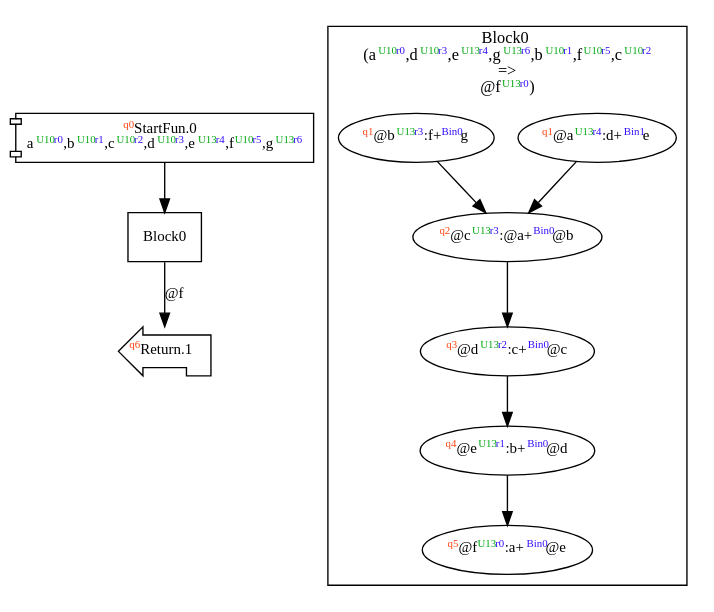
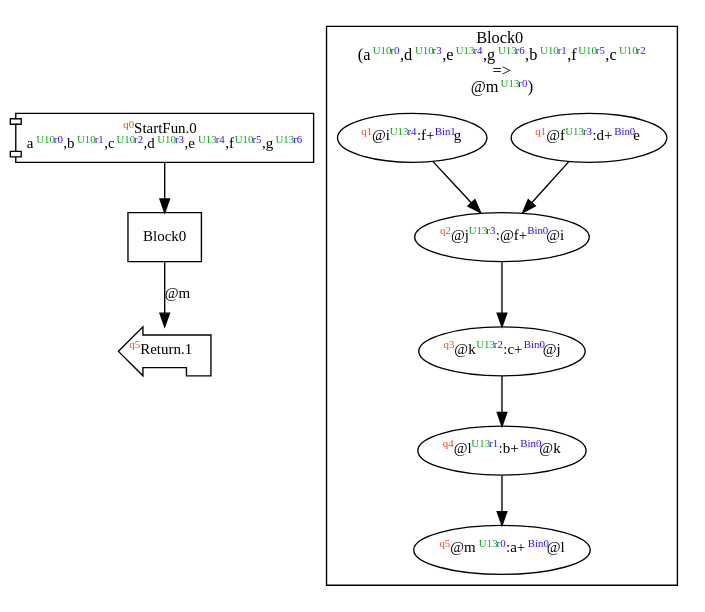
The diagram in dist/add7.dot (akouryy/SyntheScala), drawn with Graphviz before and after one commit. The commit also changed 32 other files, not shown here.

```diff
--- a/dist/add7.dot
+++ b/dist/add7.dot
@@ -1,25 +1,25 @@
 digraph Program_ {
   graph [fontname = "Monaco", fontsize = 12, ranksep = 0.5];
   node [shape = box, fontname = "Monaco", fontsize = 11; colorscheme = pastel19];
   edge [fontname = "Monaco", fontsize = 11; colorscheme = pastel19];
   Jump0[label = <<font color="#ff4411" point-size="8"><sup>q0</sup></font>StartFun.0<br/>a<font color="#00aa11" point-size="8"><sup>U10</sup></font><font color="#3311ff" point-size="8"><sup>r0</sup></font>,b<font color="#00aa11" point-size="8"><sup>U10</sup></font><font color="#3311ff" point-size="8"><sup>r1</sup></font>,c<font color="#00aa11" point-size="8"><sup>U10</sup></font><font color="#3311ff" point-size="8"><sup>r2</sup></font>,d<font color="#00aa11" point-size="8"><sup>U10</sup></font><font color="#3311ff" point-size="8"><sup>r3</sup></font>,e<font color="#00aa11" point-size="8"><sup>U13</sup></font><font color="#3311ff" point-size="8"><sup>r4</sup></font>,f<font color="#00aa11" point-size="8"><sup>U10</sup></font><font color="#3311ff" point-size="8"><sup>r5</sup></font>,g<font color="#00aa11" point-size="8"><sup>U13</sup></font><font color="#3311ff" point-size="8"><sup>r6</sup></font>>; shape = component];
   Jump0 -> Block0;
-  Jump1[label = <<font color="#ff4411" point-size="8"><sup>q6</sup></font>Return.1>; shape = lpromoter];
-  Block0 -> Jump1 [label=<@f>];
+  Jump1[label = <<font color="#ff4411" point-size="8"><sup>q5</sup></font>Return.1>; shape = lpromoter];
+  Block0 -> Jump1 [label=<@m>];
   Block0 [label = "Block0"];
   subgraph cluster_dfg_Block0 {
     node [shape = oval];
-    label = <Block0<br/>(a<font color="#00aa11" point-size="8"><sup>U10</sup></font><font color="#3311ff" point-size="8"><sup>r0</sup></font>,d<font color="#00aa11" point-size="8"><sup>U10</sup></font><font color="#3311ff" point-size="8"><sup>r3</sup></font>,e<font color="#00aa11" point-size="8"><sup>U13</sup></font><font color="#3311ff" point-size="8"><sup>r4</sup></font>,g<font color="#00aa11" point-size="8"><sup>U13</sup></font><font color="#3311ff" point-size="8"><sup>r6</sup></font>,b<font color="#00aa11" point-size="8"><sup>U10</sup></font><font color="#3311ff" point-size="8"><sup>r1</sup></font>,f<font color="#00aa11" point-size="8"><sup>U10</sup></font><font color="#3311ff" point-size="8"><sup>r5</sup></font>,c<font color="#00aa11" point-size="8"><sup>U10</sup></font><font color="#3311ff" point-size="8"><sup>r2</sup></font><br/>=&gt;<br/>@f<font color="#00aa11" point-size="8"><sup>U13</sup></font><font color="#3311ff" point-size="8"><sup>r0</sup></font>)>;
-    0 [label=<<font color="#ff4411" point-size="8"><sup>q1</sup></font>@a<font color="#00aa11" point-size="8"><sup>U13</sup></font><font color="#3311ff" point-size="8"><sup>r4</sup></font>:d+<font color="#3311ff" point-size="8"><sup>Bin1</sup></font>e>];
-    5 [label=<<font color="#ff4411" point-size="8"><sup>q5</sup></font>@f<font color="#00aa11" point-size="8"><sup>U13</sup></font><font color="#3311ff" point-size="8"><sup>r0</sup></font>:a+<font color="#3311ff" point-size="8"><sup>Bin0</sup></font>@e>];
-    1 [label=<<font color="#ff4411" point-size="8"><sup>q1</sup></font>@b<font color="#00aa11" point-size="8"><sup>U13</sup></font><font color="#3311ff" point-size="8"><sup>r3</sup></font>:f+<font color="#3311ff" point-size="8"><sup>Bin0</sup></font>g>];
-    2 [label=<<font color="#ff4411" point-size="8"><sup>q2</sup></font>@c<font color="#00aa11" point-size="8"><sup>U13</sup></font><font color="#3311ff" point-size="8"><sup>r3</sup></font>:@a+<font color="#3311ff" point-size="8"><sup>Bin0</sup></font>@b>];
-    3 [label=<<font color="#ff4411" point-size="8"><sup>q3</sup></font>@d<font color="#00aa11" point-size="8"><sup>U13</sup></font><font color="#3311ff" point-size="8"><sup>r2</sup></font>:c+<font color="#3311ff" point-size="8"><sup>Bin0</sup></font>@c>];
-    4 [label=<<font color="#ff4411" point-size="8"><sup>q4</sup></font>@e<font color="#00aa11" point-size="8"><sup>U13</sup></font><font color="#3311ff" point-size="8"><sup>r1</sup></font>:b+<font color="#3311ff" point-size="8"><sup>Bin0</sup></font>@d>];
+    label = <Block0<br/>(a<font color="#00aa11" point-size="8"><sup>U10</sup></font><font color="#3311ff" point-size="8"><sup>r0</sup></font>,d<font color="#00aa11" point-size="8"><sup>U10</sup></font><font color="#3311ff" point-size="8"><sup>r3</sup></font>,e<font color="#00aa11" point-size="8"><sup>U13</sup></font><font color="#3311ff" point-size="8"><sup>r4</sup></font>,g<font color="#00aa11" point-size="8"><sup>U13</sup></font><font color="#3311ff" point-size="8"><sup>r6</sup></font>,b<font color="#00aa11" point-size="8"><sup>U10</sup></font><font color="#3311ff" point-size="8"><sup>r1</sup></font>,f<font color="#00aa11" point-size="8"><sup>U10</sup></font><font color="#3311ff" point-size="8"><sup>r5</sup></font>,c<font color="#00aa11" point-size="8"><sup>U10</sup></font><font color="#3311ff" point-size="8"><sup>r2</sup></font><br/>=&gt;<br/>@m<font color="#00aa11" point-size="8"><sup>U13</sup></font><font color="#3311ff" point-size="8"><sup>r0</sup></font>)>;
+    0 [label=<<font color="#ff4411" point-size="8"><sup>q1</sup></font>@f<font color="#00aa11" point-size="8"><sup>U13</sup></font><font color="#3311ff" point-size="8"><sup>r3</sup></font>:d+<font color="#3311ff" point-size="8"><sup>Bin0</sup></font>e>];
+    5 [label=<<font color="#ff4411" point-size="8"><sup>q5</sup></font>@m<font color="#00aa11" point-size="8"><sup>U13</sup></font><font color="#3311ff" point-size="8"><sup>r0</sup></font>:a+<font color="#3311ff" point-size="8"><sup>Bin0</sup></font>@l>];
+    1 [label=<<font color="#ff4411" point-size="8"><sup>q1</sup></font>@i<font color="#00aa11" point-size="8"><sup>U13</sup></font><font color="#3311ff" point-size="8"><sup>r4</sup></font>:f+<font color="#3311ff" point-size="8"><sup>Bin1</sup></font>g>];
+    2 [label=<<font color="#ff4411" point-size="8"><sup>q2</sup></font>@j<font color="#00aa11" point-size="8"><sup>U13</sup></font><font color="#3311ff" point-size="8"><sup>r3</sup></font>:@f+<font color="#3311ff" point-size="8"><sup>Bin0</sup></font>@i>];
+    3 [label=<<font color="#ff4411" point-size="8"><sup>q3</sup></font>@k<font color="#00aa11" point-size="8"><sup>U13</sup></font><font color="#3311ff" point-size="8"><sup>r2</sup></font>:c+<font color="#3311ff" point-size="8"><sup>Bin0</sup></font>@j>];
+    4 [label=<<font color="#ff4411" point-size="8"><sup>q4</sup></font>@l<font color="#00aa11" point-size="8"><sup>U13</sup></font><font color="#3311ff" point-size="8"><sup>r1</sup></font>:b+<font color="#3311ff" point-size="8"><sup>Bin0</sup></font>@k>];
     0 -> 2;
     1 -> 2;
     2 -> 3;
     3 -> 4;
     4 -> 5;
   }
 }
```
